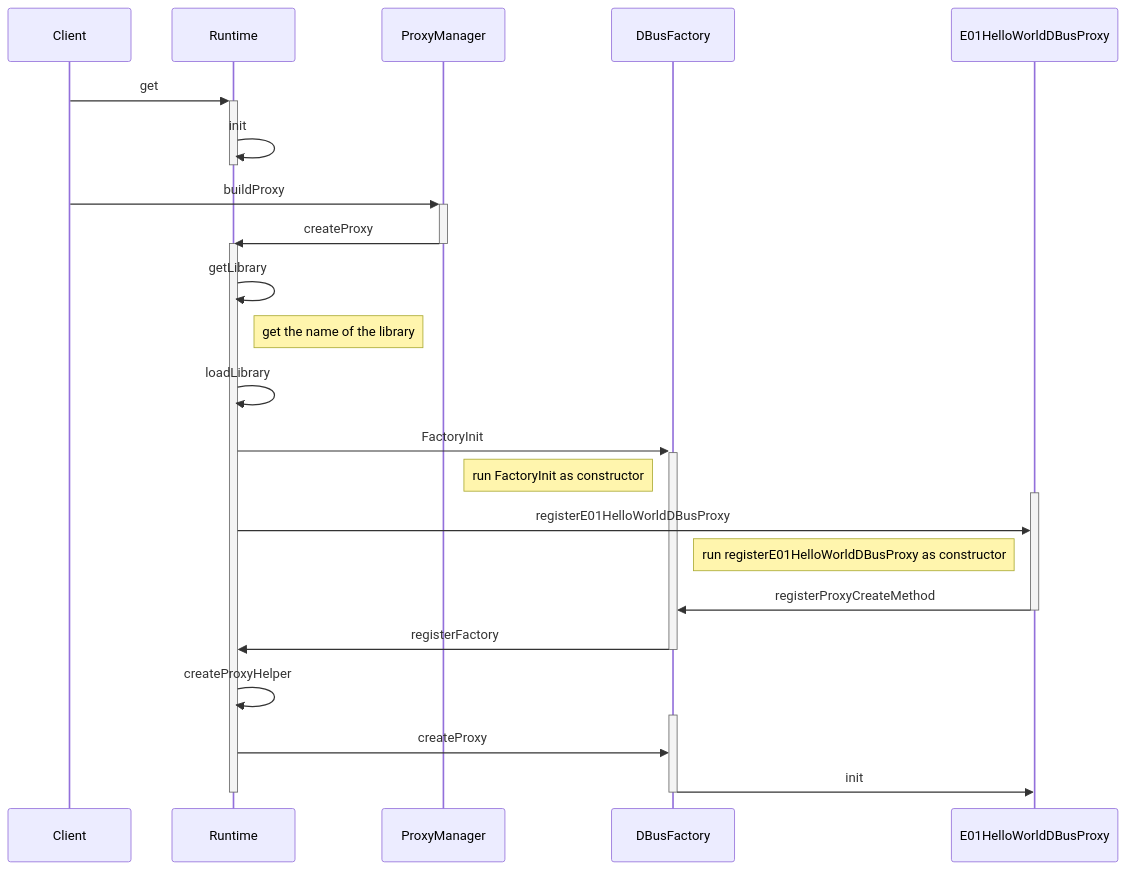
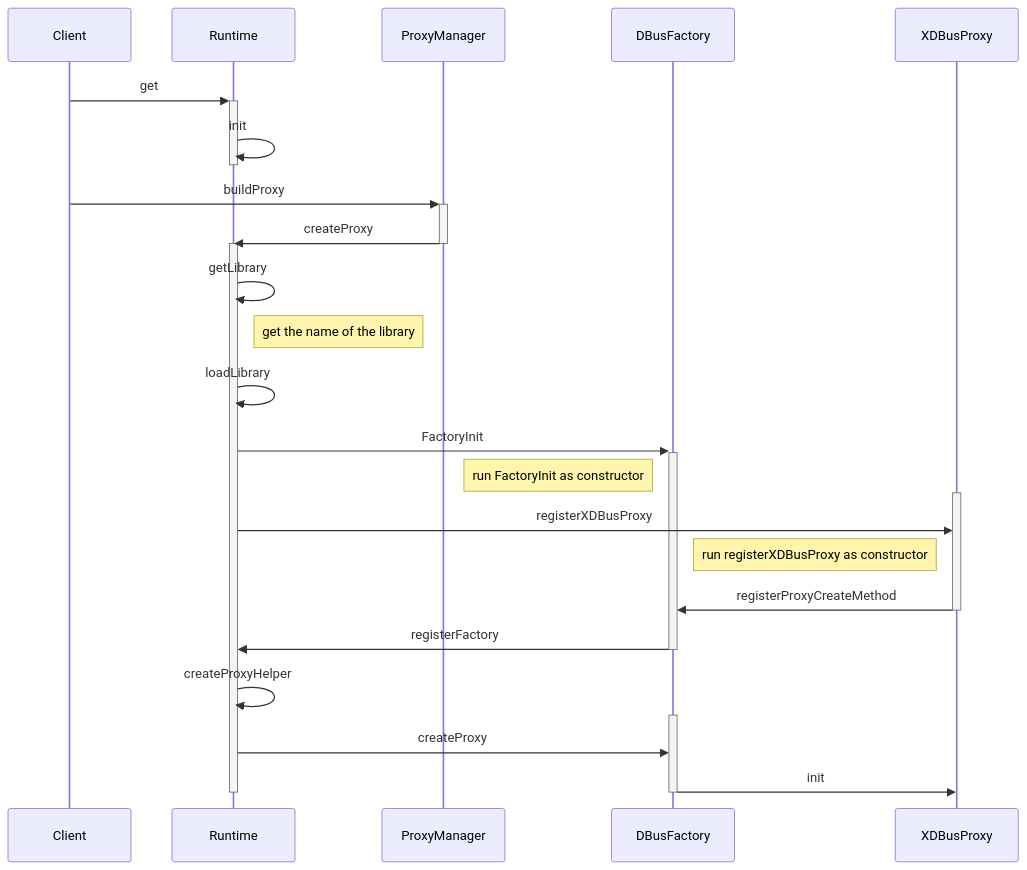
The second of 5 diagrams in _posts/2018-10-23-capicxx-example-helloworld.md (zeerd/zeerd.github.io), drawn with Mermaid before and after one commit. The commit also changed other lines of this file, not shown here.

````diff
--- a/_posts/2018-10-23-capicxx-example-helloworld.md
+++ b/_posts/2018-10-23-capicxx-example-helloworld.md
@@ -39,26 +40,26 @@
 ```mermaid
 sequenceDiagram
 
     Client ->> +Runtime : get
     Runtime ->> -Runtime : init
     Client ->> +ProxyManager : buildProxy
     ProxyManager ->> -Runtime : createProxy
     activate Runtime
     Runtime ->> Runtime : getLibrary
     Note right of Runtime: get the name of the library
     Runtime ->> Runtime : loadLibrary
     Runtime ->> +DBusFactory : FactoryInit
     Note left of DBusFactory : run FactoryInit as constructor
-    activate E01HelloWorldDBusProxy
-    Runtime ->> E01HelloWorldDBusProxy : registerE01HelloWorldDBusProxy
-    Note left of E01HelloWorldDBusProxy : run registerE01HelloWorldDBusProxy as constructor
-    E01HelloWorldDBusProxy ->> DBusFactory : registerProxyCreateMethod
-    deactivate E01HelloWorldDBusProxy
+    activate XDBusProxy
+    Runtime ->> XDBusProxy : registerXDBusProxy
+    Note left of XDBusProxy : run registerXDBusProxy as constructor
+    XDBusProxy ->> DBusFactory : registerProxyCreateMethod
+    deactivate XDBusProxy
     DBusFactory ->> -Runtime : registerFactory
     Runtime ->> Runtime : createProxyHelper
     activate DBusFactory
     Runtime ->> DBusFactory: createProxy
-    DBusFactory ->> E01HelloWorldDBusProxy : init
+    DBusFactory ->> XDBusProxy : init
     deactivate DBusFactory
     deactivate Runtime
 ```
````
